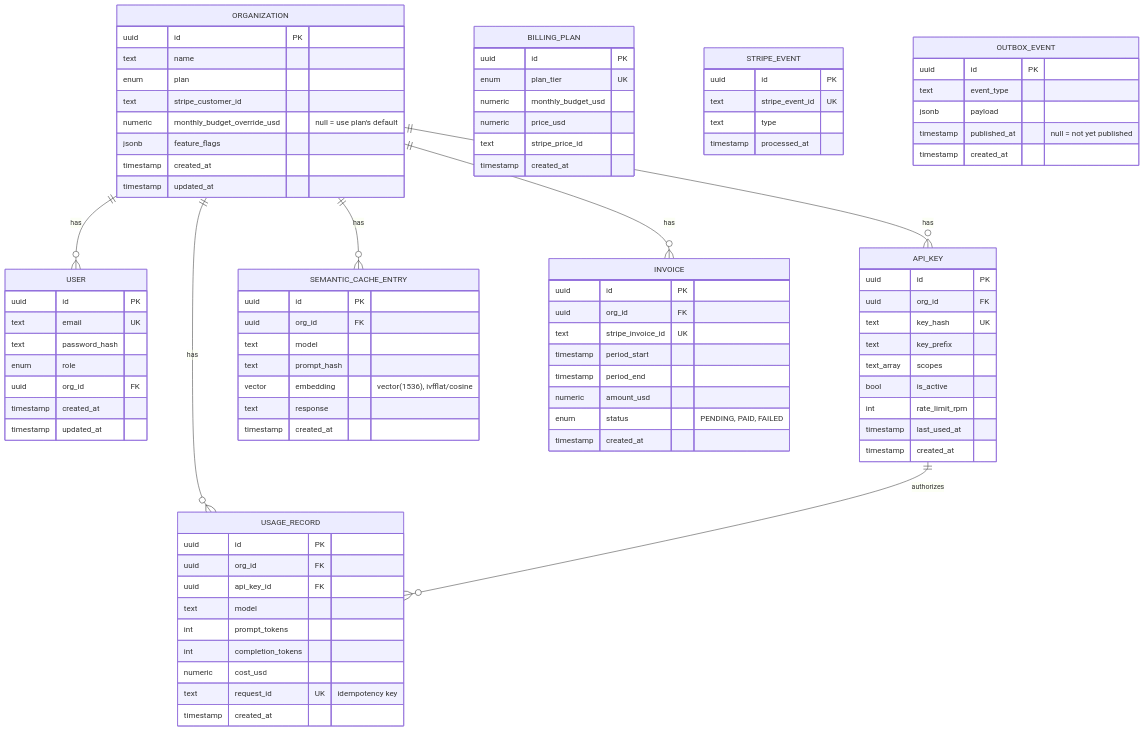
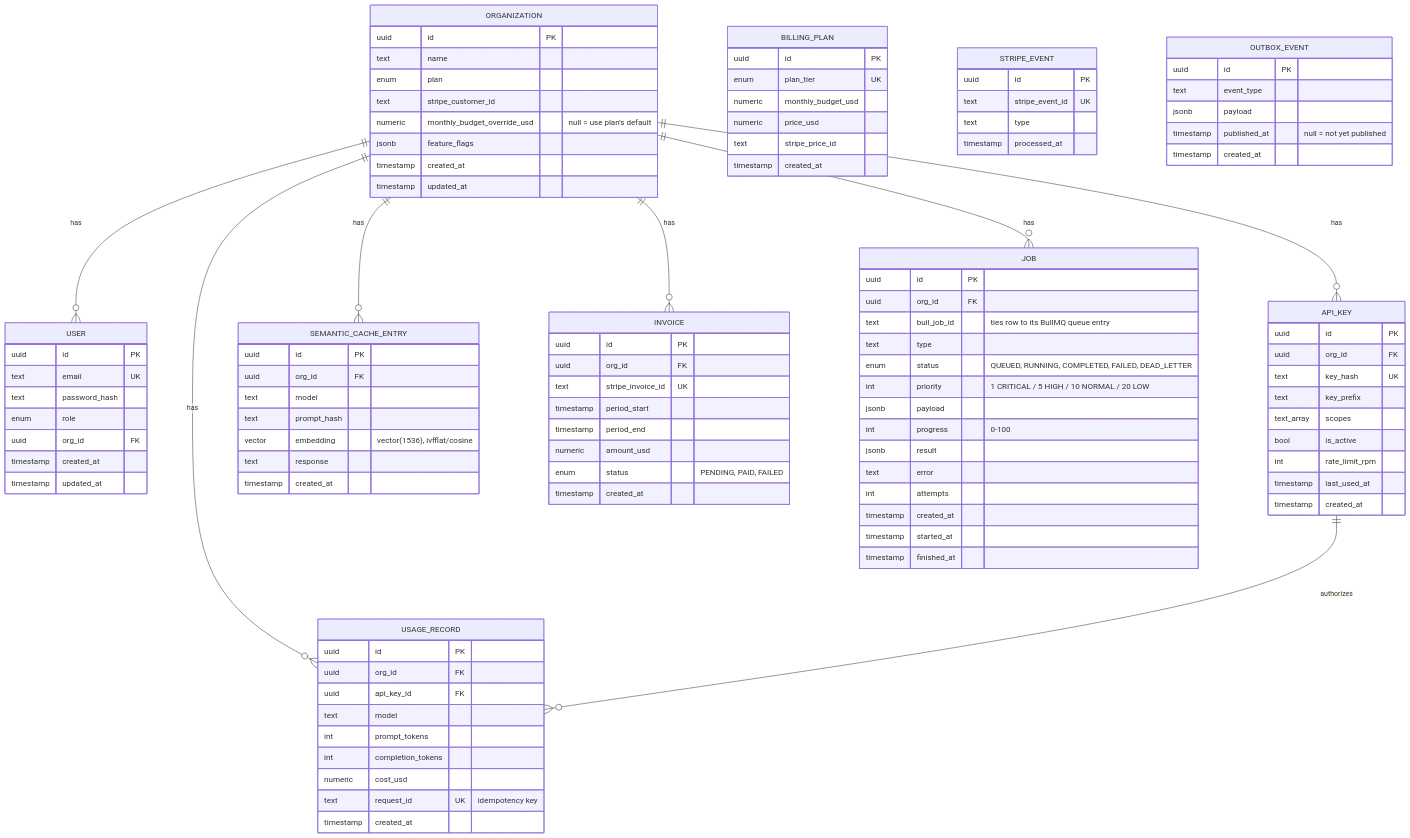
The diagram in packages/db/ER_DIAGRAM.md (Sambit-Kumar-Mohanty-26/CloudMesh), drawn with Mermaid before and after one commit. The commit also changed other lines of this file and 26 other files, not shown here.

Commit message:
feat: Add async job queue (BullMQ, DLQ + replay, WebSocket progress)

````diff
--- a/packages/db/ER_DIAGRAM.md
+++ b/packages/db/ER_DIAGRAM.md
@@ -7,6 +7,7 @@
     ORGANIZATION ||--o{ USAGE_RECORD : has
     ORGANIZATION ||--o{ SEMANTIC_CACHE_ENTRY : has
     ORGANIZATION ||--o{ INVOICE : has
+    ORGANIZATION ||--o{ JOB : has
     API_KEY ||--o{ USAGE_RECORD : authorizes
 
     ORGANIZATION {
@@ -98,4 +99,21 @@
         timestamp published_at "null = not yet published"
         timestamp created_at
     }
+
+    JOB {
+        uuid id PK
+        uuid org_id FK
+        text bull_job_id "ties row to its BullMQ queue entry"
+        text type
+        enum status "QUEUED, RUNNING, COMPLETED, FAILED, DEAD_LETTER"
+        int priority "1 CRITICAL / 5 HIGH / 10 NORMAL / 20 LOW"
+        jsonb payload
+        int progress "0-100"
+        jsonb result
+        text error
+        int attempts
+        timestamp created_at
+        timestamp started_at
+        timestamp finished_at
+    }
 ```
````
